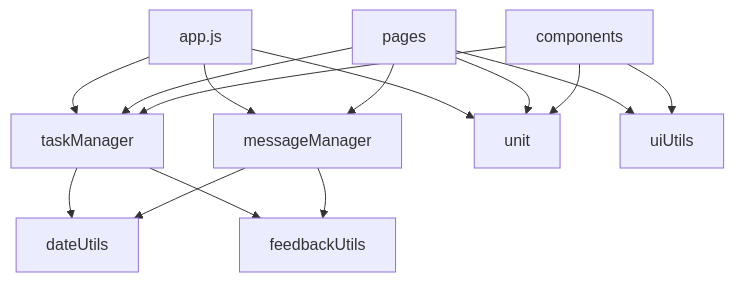
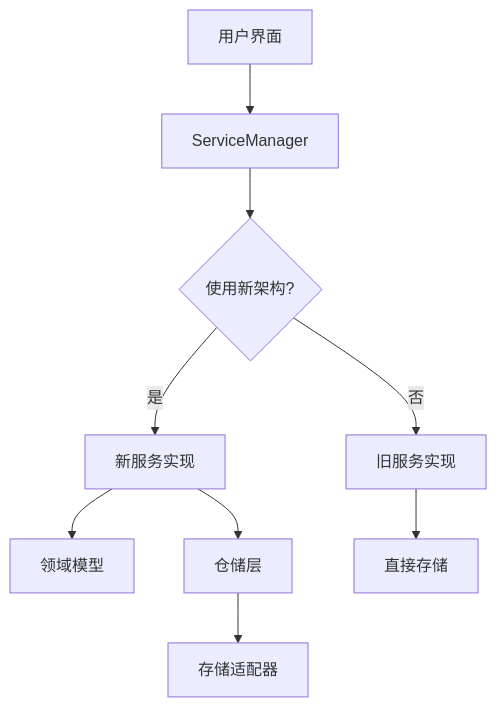
The fifth of 7 diagrams in .cursor/rules/system/system_architecture.md (wangdafei091/study_task_wechat), drawn with Mermaid before and after one commit. The commit also changed other lines of this file and 9 other files, not shown here.

````diff
--- a/.cursor/rules/system/system_architecture.md
+++ b/.cursor/rules/system/system_architecture.md
@@ -62,21 +121,12 @@
 ```mermaid
 graph TD
-    A[app.js] --> B[taskManager]
-    A --> C[messageManager]
-    A --> D[unit]
+    A[ServiceManager] --> B{使用新架构?}
+    B -->|是| C[新服务实现]
+    B -->|否| D[旧服务实现]
     
-    B --> E[dateUtils]
-    C --> E
-    
-    B --> F[feedbackUtils]
-    C --> F
-    
-    G[pages] --> B
-    G --> C
-    G --> D
-    G --> H[uiUtils]
-    
-    I[components] --> B
-    I --> D
-    I --> H
+    E[用户界面] --> A
+    C --> F[领域模型]
+    C --> G[仓储层]
+    G --> H[存储适配器]
+    D --> I[直接存储]
 ```
````
